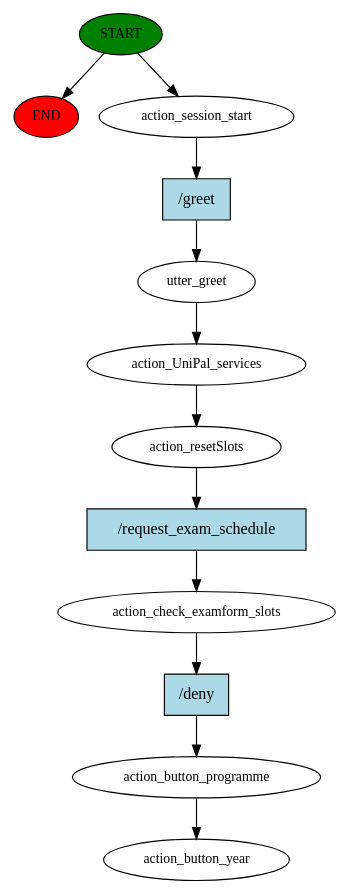
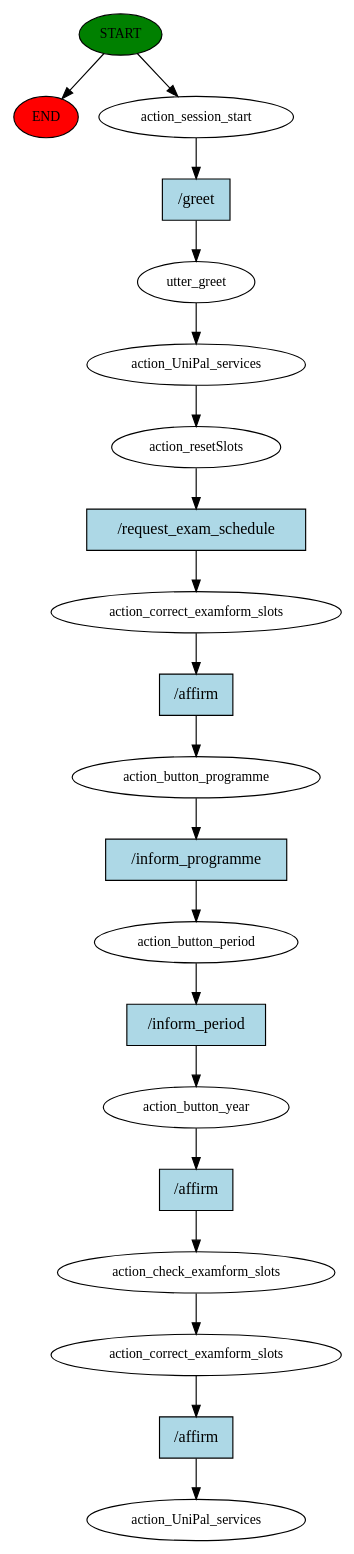
The diagram in UniPal/story_graph.dot (theatina/UniPal), drawn with Graphviz before and after one commit. The commit also changed 4 other files, not shown here.

```diff
--- a/UniPal/story_graph.dot
+++ b/UniPal/story_graph.dot
@@ -1,25 +1,41 @@
 digraph  {
 0 [class="start active", fillcolor=green, fontsize=12, label=START, style=filled];
 "-1" [class=end, fillcolor=red, fontsize=12, label=END, style=filled];
 1 [class=active, fontsize=12, label=action_session_start];
 2 [class=active, fontsize=12, label=utter_greet];
 3 [class=active, fontsize=12, label=action_UniPal_services];
 4 [class=active, fontsize=12, label=action_resetSlots];
-5 [class=active, fontsize=12, label=action_check_examform_slots];
+5 [class=active, fontsize=12, label=action_correct_examform_slots];
 6 [class=active, fontsize=12, label=action_button_programme];
-7 [class="dashed active", fontsize=12, label=action_button_year];
-8 [class="intent active", fillcolor=lightblue, label="/greet", shape=rect, style=filled];
-9 [class="intent active", fillcolor=lightblue, label="/request_exam_schedule", shape=rect, style=filled];
-10 [class="intent active", fillcolor=lightblue, label="/deny", shape=rect, style=filled];
+7 [class=active, fontsize=12, label=action_button_period];
+8 [class=active, fontsize=12, label=action_button_year];
+9 [class=active, fontsize=12, label=action_check_examform_slots];
+10 [class=active, fontsize=12, label=action_correct_examform_slots];
+11 [class="dashed active", fontsize=12, label=action_UniPal_services];
+12 [class="intent active", fillcolor=lightblue, label="/greet", shape=rect, style=filled];
+13 [class="intent active", fillcolor=lightblue, label="/request_exam_schedule", shape=rect, style=filled];
+14 [class="intent active", fillcolor=lightblue, label="/affirm", shape=rect, style=filled];
+15 [class="intent active", fillcolor=lightblue, label="/inform_programme", shape=rect, style=filled];
+16 [class="intent active", fillcolor=lightblue, label="/inform_period", shape=rect, style=filled];
+17 [class="intent active", fillcolor=lightblue, label="/affirm", shape=rect, style=filled];
+18 [class="intent active", fillcolor=lightblue, label="/affirm", shape=rect, style=filled];
 0 -> "-1"  [class="", key=NONE, label=""];
 0 -> 1  [class=active, key=NONE, label=""];
-1 -> 8  [class=active, key=0];
+1 -> 12  [class=active, key=0];
 2 -> 3  [class=active, key=NONE, label=""];
 3 -> 4  [class=active, key=NONE, label=""];
-4 -> 9  [class=active, key=0];
-5 -> 10  [class=active, key=0];
-6 -> 7  [class=active, key=NONE, label=""];
-8 -> 2  [class=active, key=0];
-9 -> 5  [class=active, key=0];
-10 -> 6  [class=active, key=0];
+4 -> 13  [class=active, key=0];
+5 -> 14  [class=active, key=0];
+6 -> 15  [class=active, key=0];
+7 -> 16  [class=active, key=0];
+8 -> 17  [class=active, key=0];
+9 -> 10  [class=active, key=NONE, label=""];
+10 -> 18  [class=active, key=0];
+12 -> 2  [class=active, key=0];
+13 -> 5  [class=active, key=0];
+14 -> 6  [class=active, key=0];
+15 -> 7  [class=active, key=0];
+16 -> 8  [class=active, key=0];
+17 -> 9  [class=active, key=0];
+18 -> 11  [class=active, key=0];
 }
```
